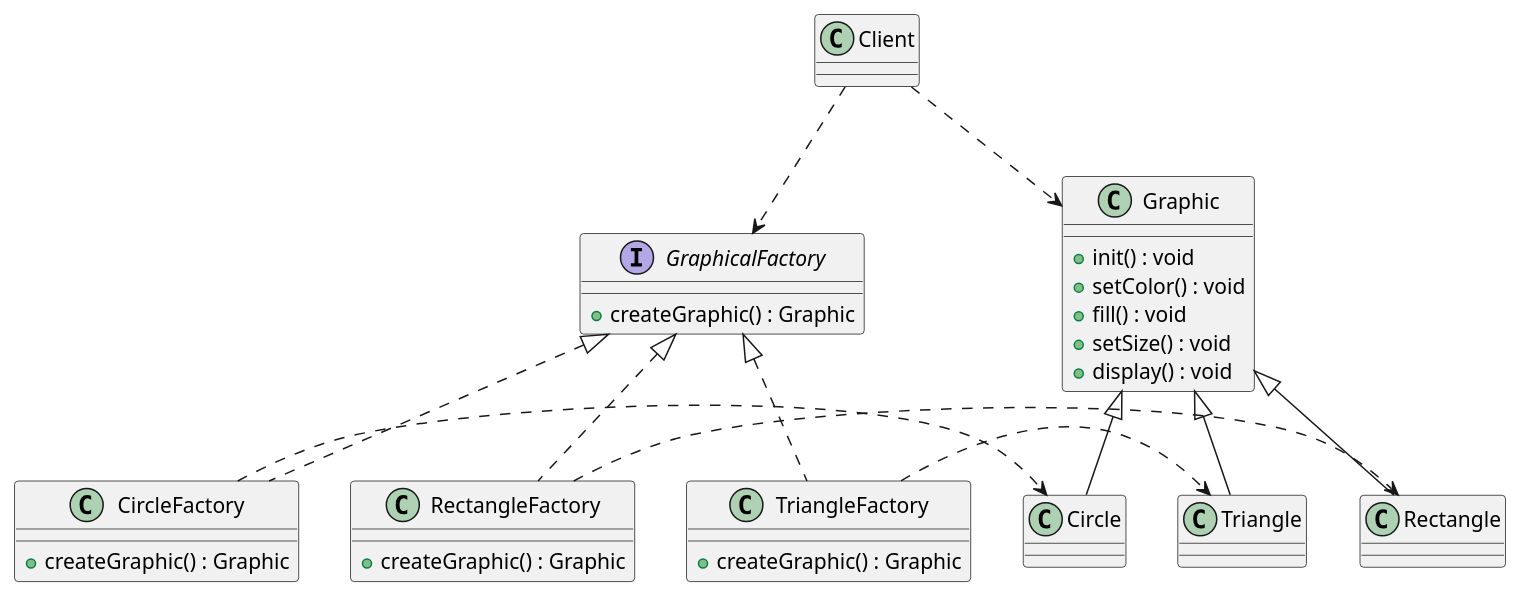
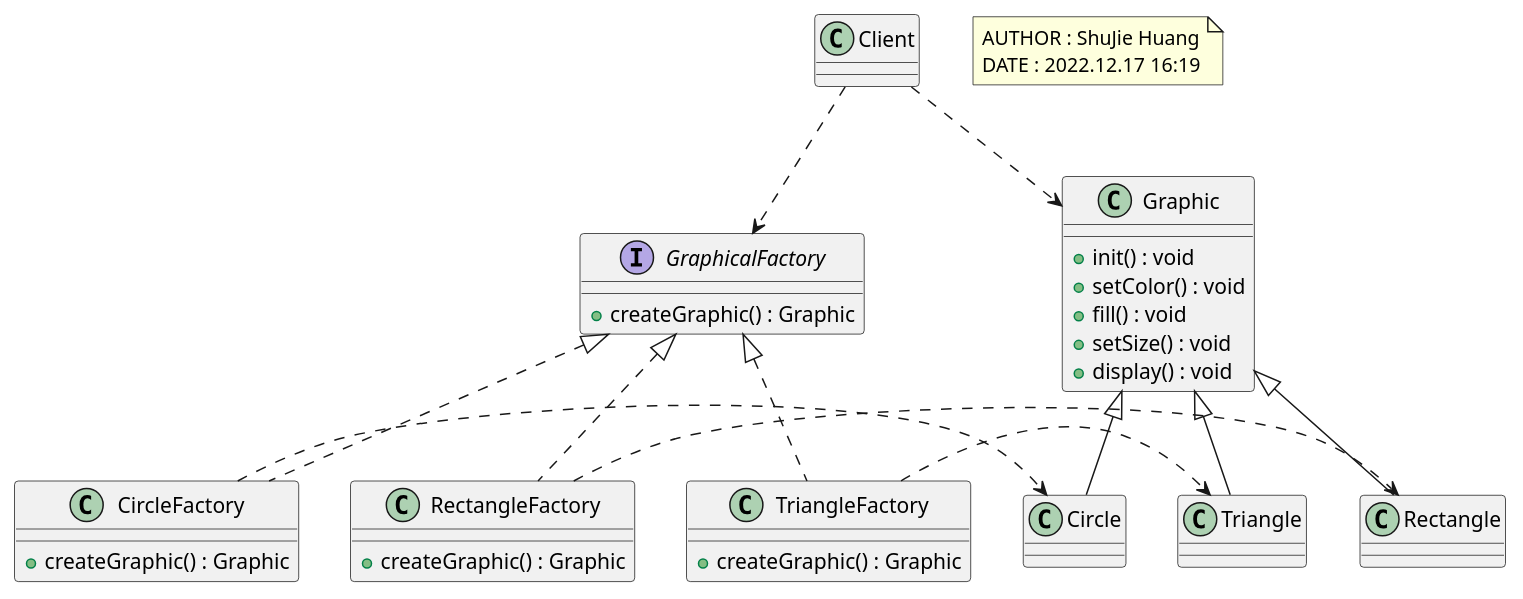
The diagram in src/main/java/question2/2.puml (Daowaishho/ArchitectureLab2), drawn with PlantUML before and after one commit. The commit also changed 22 other files, not shown here.

```diff
--- a/src/main/java/question2/2.puml
+++ b/src/main/java/question2/2.puml
@@ -1,46 +1,52 @@
 @startuml
 class Client
 
 interface GraphicalFactory {
     + createGraphic() : Graphic
 }
 
 class CircleFactory {
     + createGraphic() : Graphic
 }
 
 class TriangleFactory {
     + createGraphic() : Graphic
 }
 
 class RectangleFactory {
     + createGraphic() : Graphic
 }
 
 class Graphic {
     + init() : void
     + setColor() : void
     + fill() : void
     + setSize() : void
     + display() : void
 }
 
 class Circle
 class Triangle
 class Rectangle
 
 Circle -up-|> Graphic
 Triangle -up-|> Graphic
 Rectangle -up-|> Graphic
 
 CircleFactory .up.|> GraphicalFactory
 TriangleFactory .up.|> GraphicalFactory
 RectangleFactory .up.|> GraphicalFactory
 
 Client .down.> Graphic
 Client .down.> GraphicalFactory
 
 CircleFactory .right.> Circle
 TriangleFactory .right.> Triangle
 RectangleFactory .right.> Rectangle
+
+note as annotation
+  AUTHOR : ShuJie Huang
+  DATE : 2022.12.17 16:19
+end note
+
 @enduml
```
